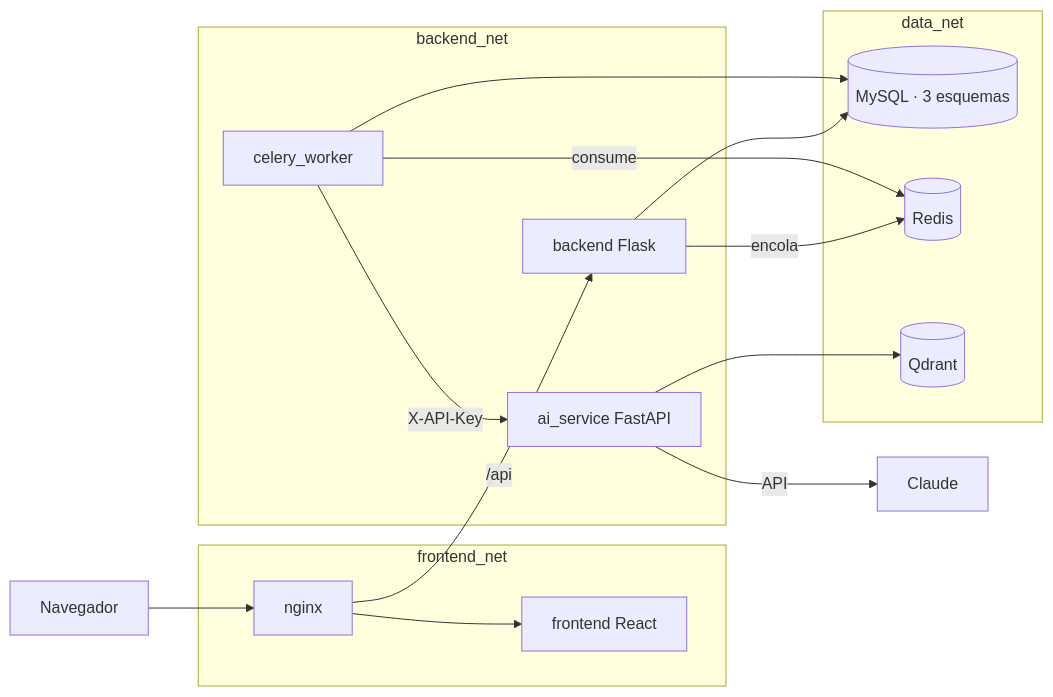
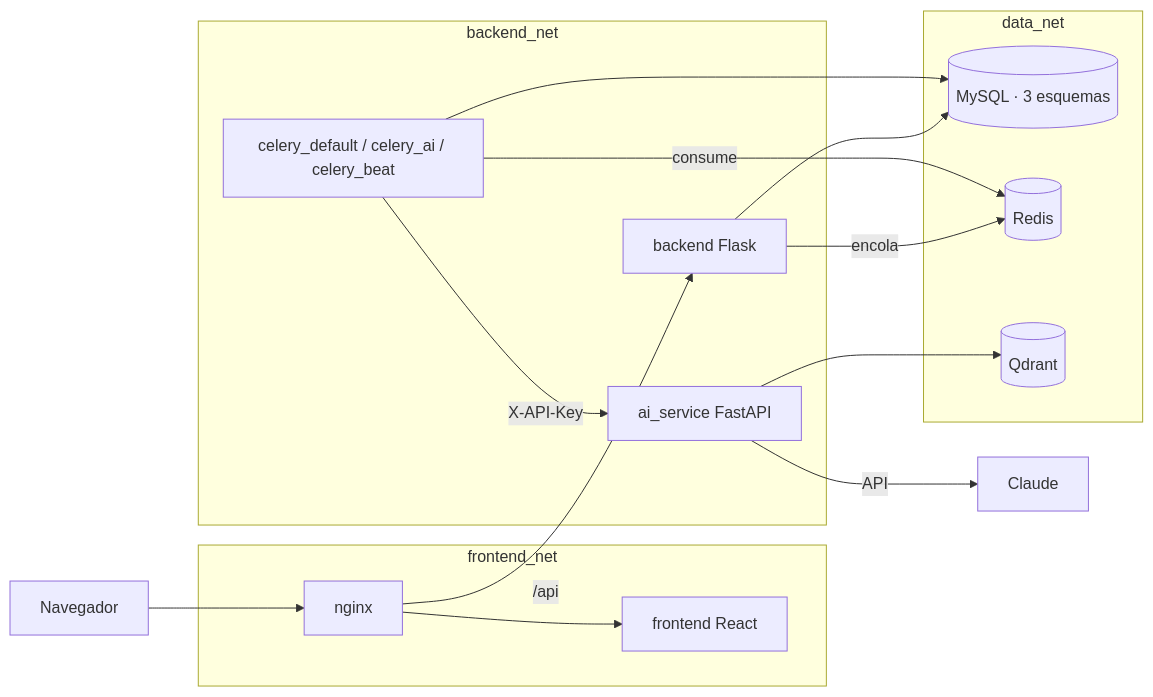
One commit to COTECNIA-ADM/PLATIA-DEV changed the first of 2 diagrams in docs/arquitectura.md. Above: the diagram before and after it, drawn with Mermaid. The commit also changed other lines of this file and 58 other files, not shown here.

````diff
--- a/docs/arquitectura.md
+++ b/docs/arquitectura.md
@@ -22,27 +22,27 @@
 ```mermaid
 flowchart LR
     U[Navegador] --> N[nginx]
     subgraph frontend_net
         N
         F[frontend React]
     end
     subgraph backend_net
         B[backend Flask]
         A[ai_service FastAPI]
-        W[celery_worker]
+        W[celery_default / celery_ai / celery_beat]
     end
     subgraph data_net
         M[(MySQL · 3 esquemas)]
         R[(Redis)]
         Q[(Qdrant)]
     end
     N --> F
     N -->|/api| B
     B -->|encola| R
     W -->|consume| R
     W -->|X-API-Key| A
     B --> M
     W --> M
     A --> Q
     A -->|API| C[Claude]
 ```
````
